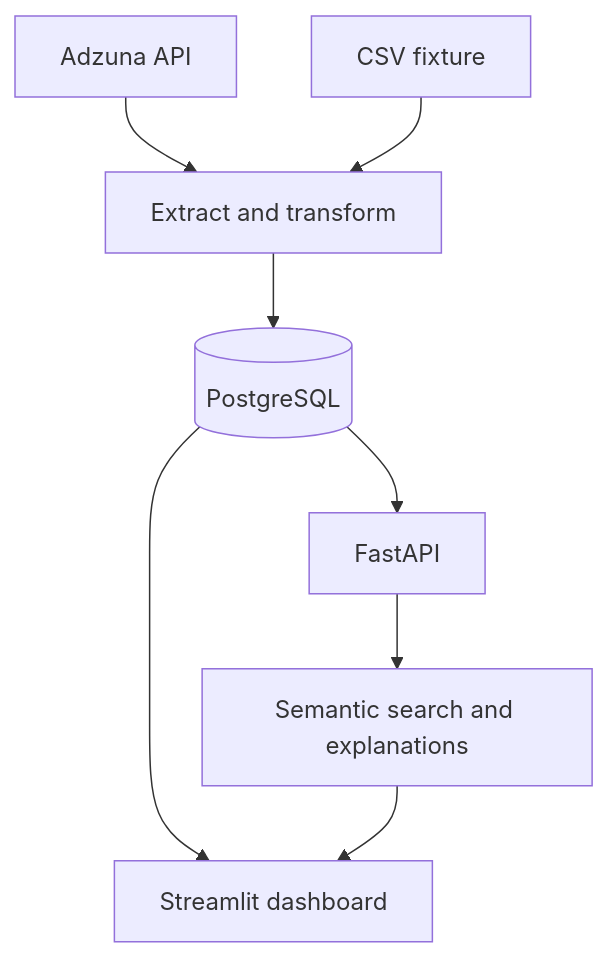
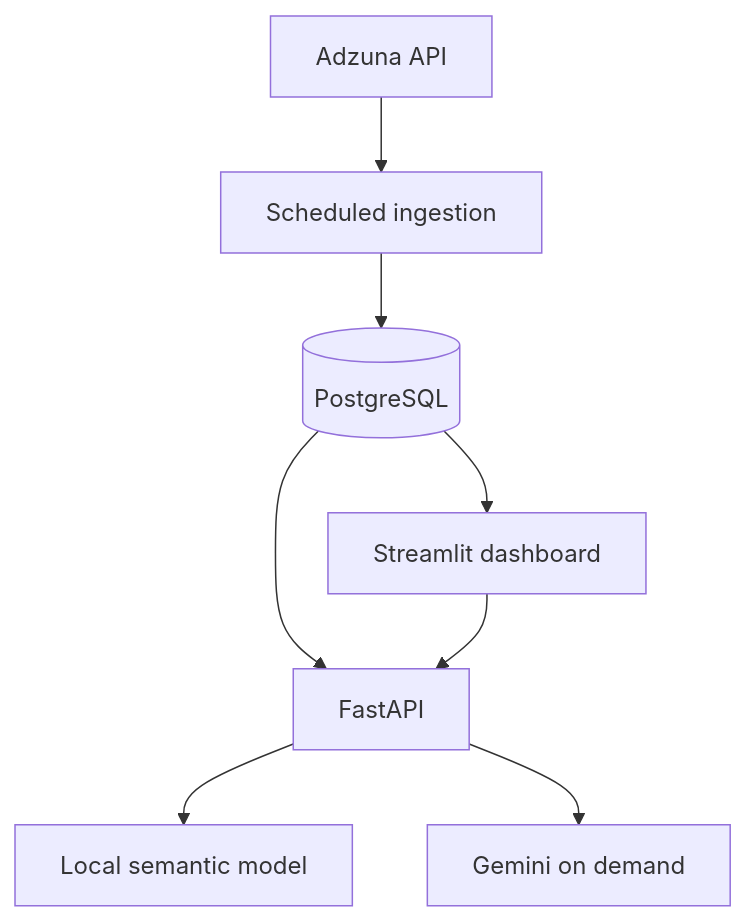
The diagram in README.md (SNDLM/careerpulse-ai), drawn with Mermaid before and after one commit. The commit also changed other lines of this file and 2 other files, not shown here.

Commit message:
docs: record semantic search evaluation

````diff
--- a/README.md
+++ b/README.md
@@ -25,10 +24,10 @@
 ```mermaid
 flowchart TD
-    A["Adzuna API"] --> C["Extract and transform"]
-    B["CSV fixture"] --> C
-    C --> D[("PostgreSQL")]
-    D --> E["FastAPI"]
-    E --> F["Semantic search and explanations"]
-    D --> G["Streamlit dashboard"]
-    F --> G
+    A["Adzuna API"] --> B["Scheduled ingestion"]
+    B --> C[("PostgreSQL")]
+    C --> D["FastAPI"]
+    C --> E["Streamlit dashboard"]
+    E --> D
+    D --> F["Local semantic model"]
+    D --> G["Gemini on demand"]
 ```
````
